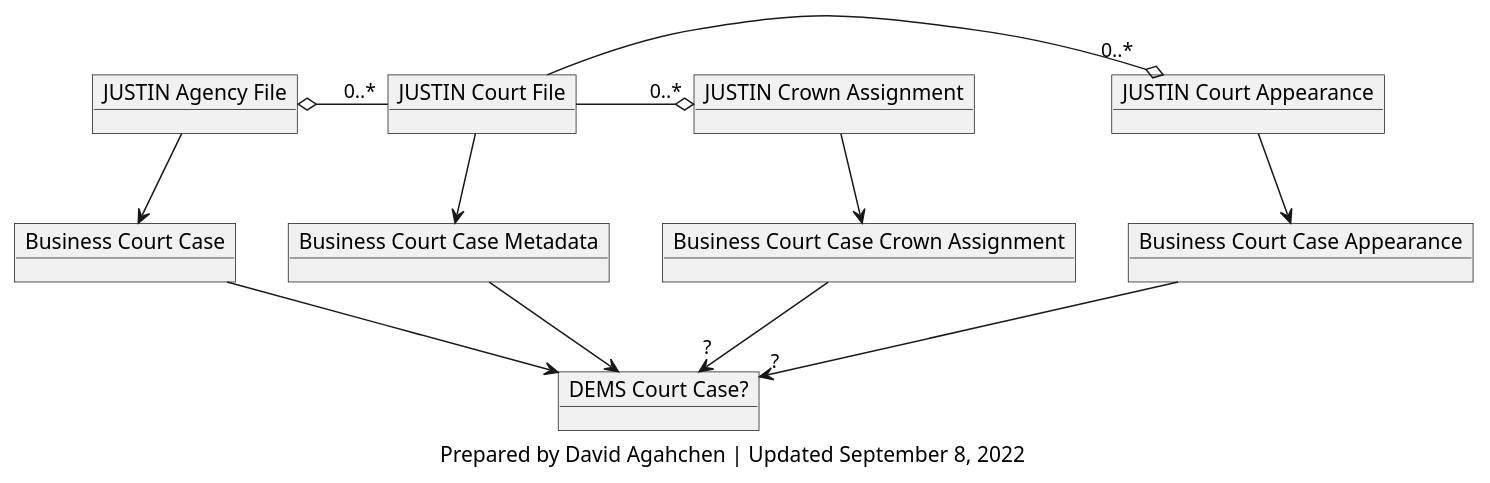
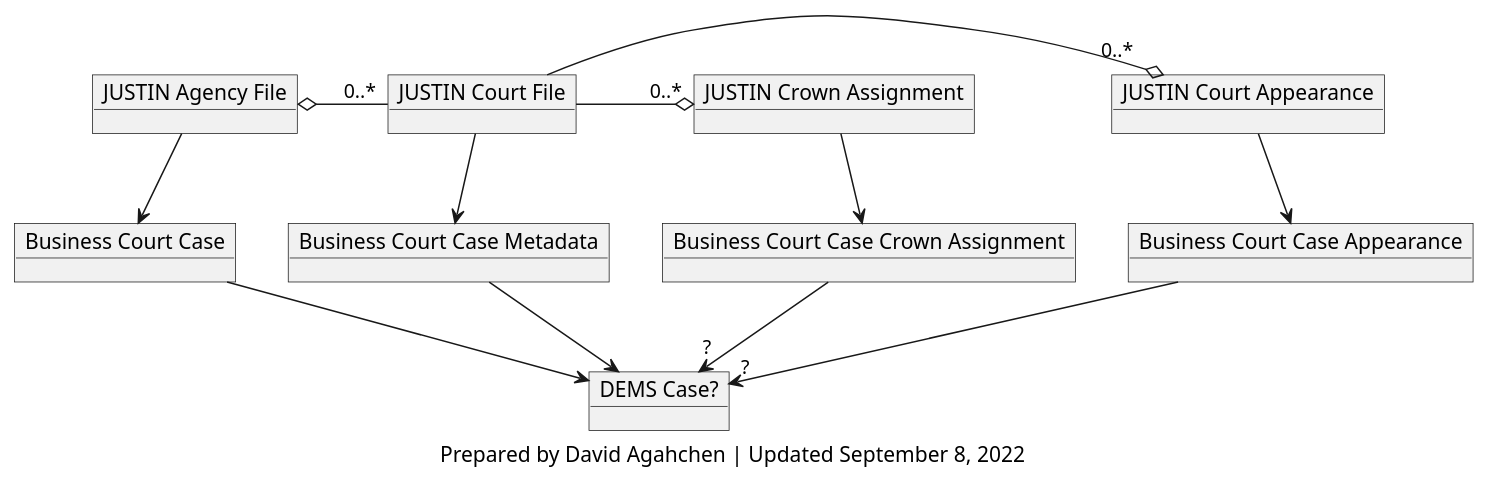
The diagram in img/src/ccm_business_objects.plantuml (bcgov/jpss-jade-ccm), drawn with PlantUML before and after one commit. The commit also changed 18 other files, not shown here.

Commit message:
s16 diagram and documenation updates

```diff
--- a/img/src/ccm_business_objects.plantuml
+++ b/img/src/ccm_business_objects.plantuml
@@ -1,29 +1,29 @@
 @startuml ccm_business_objects
 
 object "JUSTIN Agency File" as justin_agency_file
 object "JUSTIN Court File" as justin_court_file
 object "JUSTIN Court Appearance" as justin_appearance
 object "JUSTIN Crown Assignment" as justin_crown_assignment
 object "Business Court Case" as business_court_case
 object "Business Court Case Metadata" as business_court_case_metadata
 object "Business Court Case Appearance" as business_court_case_appearance
 object "Business Court Case Crown Assignment" as business_court_case_crown_assignment
-object "DEMS Court Case?" as dems_court_case
+object "DEMS Case?" as dems_court_case
 
 justin_agency_file o- "0..*"  justin_court_file
 justin_court_file -o "0..*" justin_appearance
 justin_court_file -o "0..*" justin_crown_assignment
 justin_agency_file --> business_court_case
 justin_court_file --> business_court_case_metadata
 justin_crown_assignment --> business_court_case_crown_assignment
 justin_appearance --> business_court_case_appearance
 business_court_case --> dems_court_case
 business_court_case_metadata --> dems_court_case
 business_court_case_appearance --> "?" dems_court_case
 business_court_case_crown_assignment --> "?" dems_court_case
 
 caption
 Prepared by David Agahchen | Updated September 8, 2022
 end caption
 
 @enduml
```
